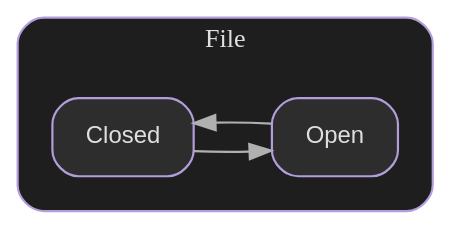
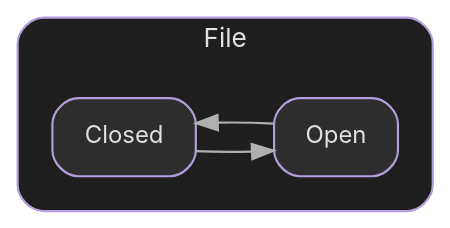
Before and after one commit to elijahr/nim-typestates: the first of 4 diagrams in docs/guide/visualization.md, drawn with Graphviz. The commit also changed other lines of this file and 10 other files, not shown here.

First line of the commit message:
fix(viz): remove auto-regen hook, use Inter font stack

````diff
--- a/docs/guide/visualization.md
+++ b/docs/guide/visualization.md
@@ -53,27 +53,27 @@
 ```dot
 digraph {
   rankdir=LR;
   bgcolor="transparent";
   pad=0.5;
 
-  node [shape=box, style="rounded,filled", fillcolor="#2d2d2d", color="#b39ddb", fontcolor="#e0e0e0", fontname="Helvetica", fontsize=11, margin="0.2,0.1"];
-  edge [fontname="Helvetica", fontsize=9, color="#b0b0b0"];
+  node [shape=box, style="rounded,filled", fillcolor="#2d2d2d", color="#b39ddb", fontcolor="#e0e0e0", fontname="Inter, SF Pro Display, -apple-system, BlinkMacSystemFont, Segoe UI, Roboto, sans-serif", fontsize=11, margin="0.2,0.1"];
+  edge [fontname="Inter, SF Pro Display, -apple-system, BlinkMacSystemFont, Segoe UI, Roboto, sans-serif", fontsize=9, color="#b0b0b0"];
 
   subgraph cluster_File {
     label="File";
-    fontname="Helvetica Bold";
+    fontname="Inter, SF Pro Display, -apple-system, BlinkMacSystemFont, Segoe UI, Roboto, sans-serif";
     fontsize=12;
     fontcolor="#e0e0e0";
     style="rounded";
     color="#b39ddb";
     bgcolor="#1e1e1e";
     margin=16;
 
     Closed;
     Open;
 
     Closed -> Open;
     Open -> Closed;
   }
 }
 ```
````
